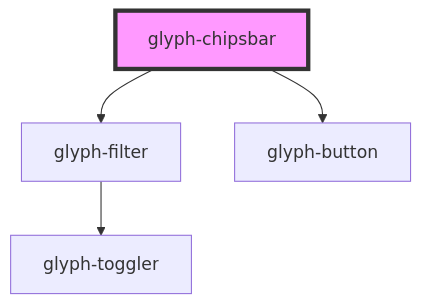
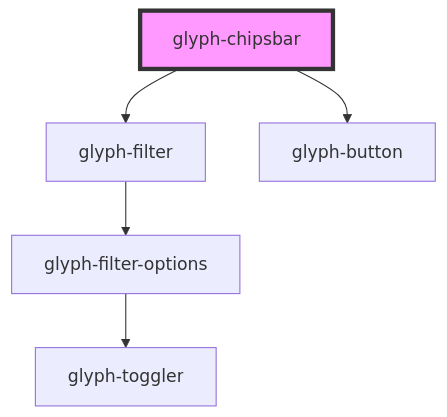
One commit to adrianiy/synth-ui changed the diagram in packages/glyph-components/src/components/chipsbar/readme.md. Above: the diagram before and after it, drawn with Mermaid. The commit also changed other lines of this file and 37 other files, not shown here.

````diff
--- a/packages/glyph-components/src/components/chipsbar/readme.md
+++ b/packages/glyph-components/src/components/chipsbar/readme.md
@@ -34,7 +35,8 @@
 ```mermaid
 graph TD;
   glyph-chipsbar --> glyph-filter
   glyph-chipsbar --> glyph-button
-  glyph-filter --> glyph-toggler
+  glyph-filter --> glyph-filter-options
+  glyph-filter-options --> glyph-toggler
   style glyph-chipsbar fill:#f9f,stroke:#333,stroke-width:4px
 ```
````
